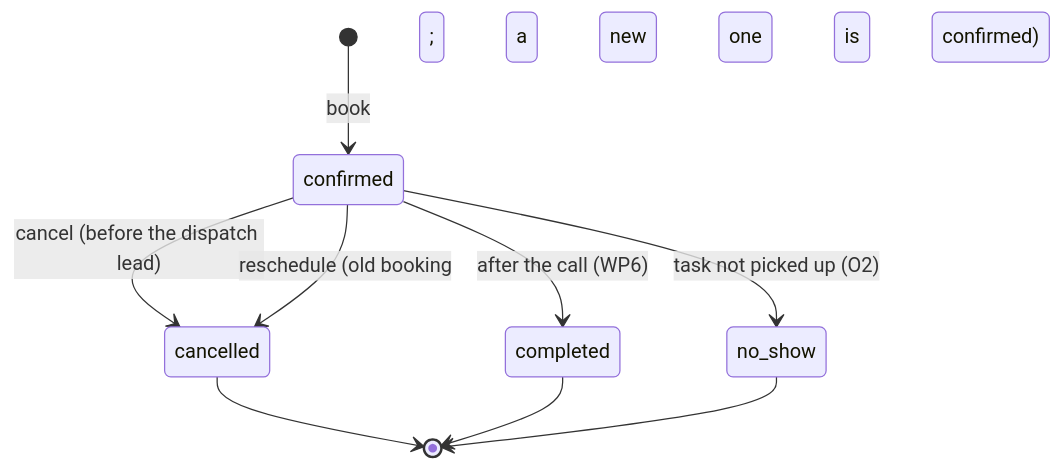
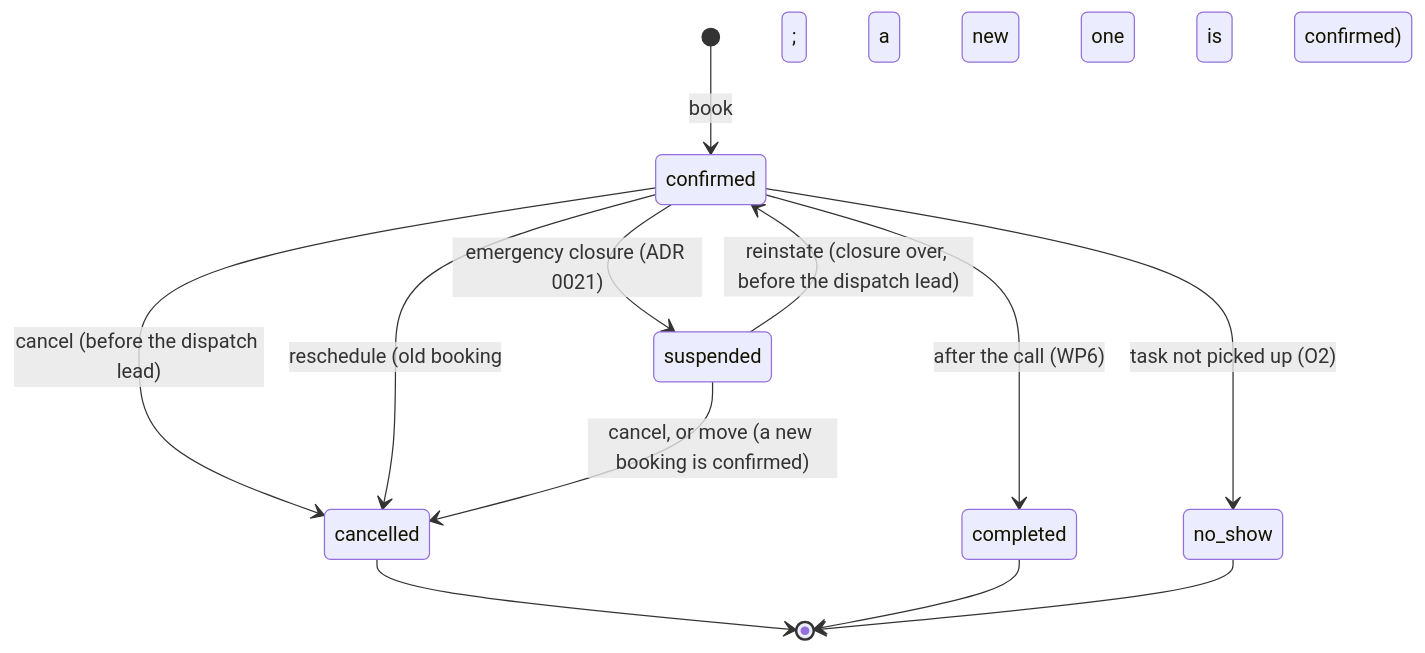
The tenth of 13 diagrams in docs/architecture.md (3Corners-Labs/OpenPlanner), drawn with Mermaid before and after one commit. The commit also changed other lines of this file and 57 other files, not shown here.

First line of the commit message:
feat: emergency closure of a group or organisation (ADR 0021)

````diff
--- a/docs/architecture.md
+++ b/docs/architecture.md
@@ -433,11 +441,14 @@
 ```mermaid
 stateDiagram-v2
     [*] --> confirmed: book
     confirmed --> cancelled: cancel (before the dispatch lead)
     confirmed --> cancelled: reschedule (old booking; a new one is confirmed)
     confirmed --> completed: after the call (WP6)
     confirmed --> no_show: task not picked up (O2)
+    confirmed --> suspended: emergency closure (ADR 0021)
+    suspended --> confirmed: reinstate (closure over, before the dispatch lead)
+    suspended --> cancelled: cancel, or move (a new booking is confirmed)
     cancelled --> [*]
     completed --> [*]
     no_show --> [*]
 ```
````
